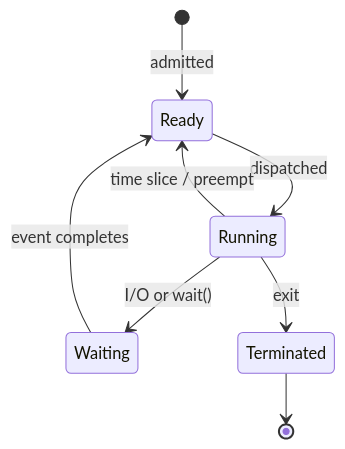
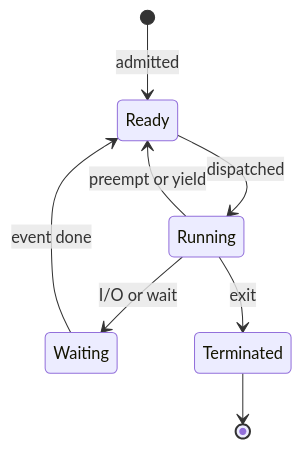
The third of 6 diagrams in Misc/OS_Practical_4_Process_and_Thread_Management.md (Harshnath628/MD2PDF), drawn with Mermaid before and after one commit. The commit also changed other lines of this file and 8070 other files, not shown here.

Commit message:
Stable_version_after_mermaid

````diff
--- a/Misc/OS_Practical_4_Process_and_Thread_Management.md
+++ b/Misc/OS_Practical_4_Process_and_Thread_Management.md
@@ -118,10 +92,10 @@
 ```mermaid
 stateDiagram-v2
     [*] --> Ready: admitted
     Ready --> Running: dispatched
-    Running --> Ready: time slice / preempt
-    Running --> Waiting: I/O or wait()
-    Waiting --> Ready: event completes
+    Running --> Ready: preempt or yield
+    Running --> Waiting: I/O or wait
+    Waiting --> Ready: event done
     Running --> Terminated: exit
     Terminated --> [*]
 ```
````
